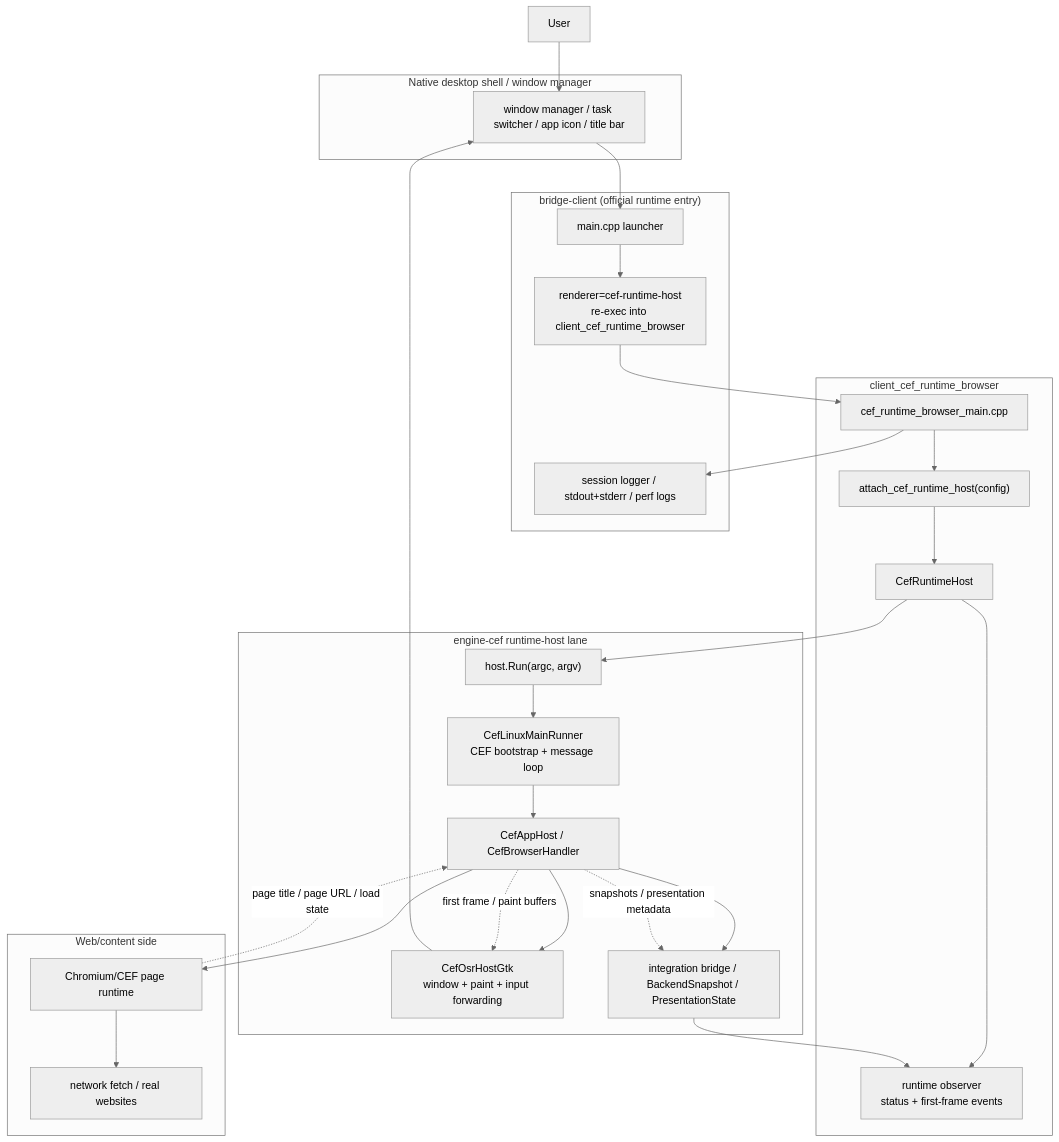
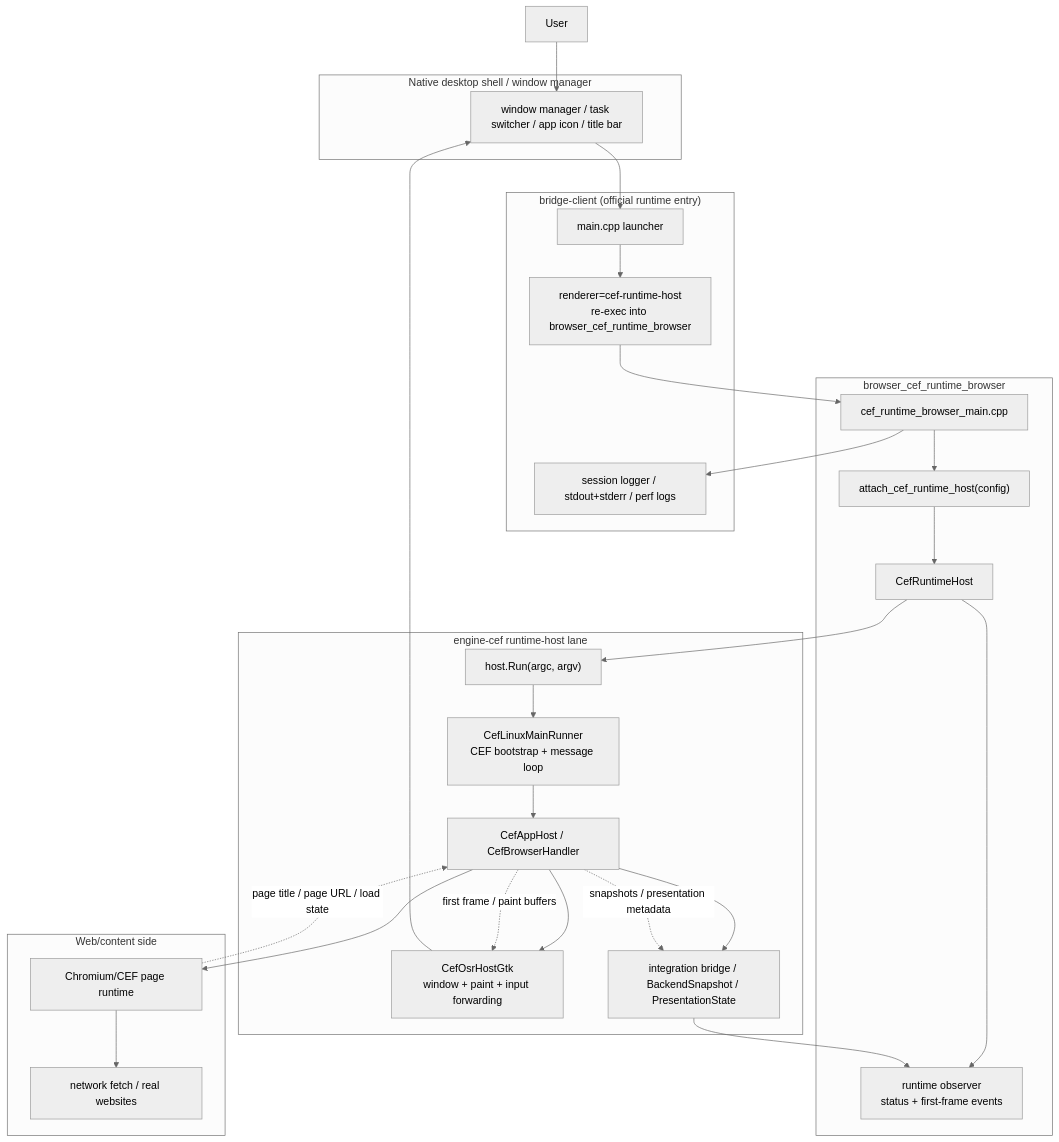
The ninth of 10 diagrams in docs/current-architecture-overview.md (dmtomczyk/bridge), drawn with Mermaid (neutral theme) before and after one commit. The commit also changed other lines of this file and 25 other files, not shown here.

Commit message:
Record browser/core split and Windows runtime-host planning

````diff
--- a/docs/current-architecture-overview.md
+++ b/docs/current-architecture-overview.md
@@ -419,48 +419,48 @@
 ```mermaid
 flowchart TD
     USER["User"]
 
     subgraph NATIVE["Native desktop shell / window manager"]
         WM["window manager / task switcher / app icon / title bar"]
     end
 
     subgraph CLIENT["bridge-client (official runtime entry)"]
         MAIN["main.cpp launcher"]
-        ROUTE["renderer=cef-runtime-host\nre-exec into client_cef_runtime_browser"]
+        ROUTE["renderer=cef-runtime-host\nre-exec into browser_cef_runtime_browser"]
         SESSION["session logger / stdout+stderr / perf logs"]
     end
 
-    subgraph RUNTIME_BROWSER["client_cef_runtime_browser"]
+    subgraph RUNTIME_BROWSER["browser_cef_runtime_browser"]
         BROWSER_MAIN["cef_runtime_browser_main.cpp"]
         ATTACH["attach_cef_runtime_host(config)"]
         HOST["CefRuntimeHost"]
         OBS["runtime observer\nstatus + first-frame events"]
     end
 
     subgraph ENGINE_CEF["engine-cef runtime-host lane"]
         RUN["host.Run(argc, argv)"]
         RUNNER["CefLinuxMainRunner\nCEF bootstrap + message loop"]
         APPHOST["CefAppHost / CefBrowserHandler"]
         OSR["CefOsrHostGtk\nwindow + paint + input forwarding"]
         BRIDGE["integration bridge / BackendSnapshot / PresentationState"]
     end
 
     subgraph WEB["Web/content side"]
         NET["network fetch / real websites"]
         DOM["Chromium/CEF page runtime"]
     end
 
     USER --> WM --> MAIN --> ROUTE --> BROWSER_MAIN
     BROWSER_MAIN --> SESSION
     BROWSER_MAIN --> ATTACH --> HOST --> OBS
     HOST --> RUN --> RUNNER --> APPHOST
     APPHOST --> OSR
     APPHOST --> BRIDGE
     APPHOST --> DOM --> NET
     BRIDGE --> OBS
     OSR --> WM
 
     DOM -. page title / page URL / load state .-> APPHOST
     APPHOST -. first frame / paint buffers .-> OSR
     APPHOST -. snapshots / presentation metadata .-> BRIDGE
 ```
````
